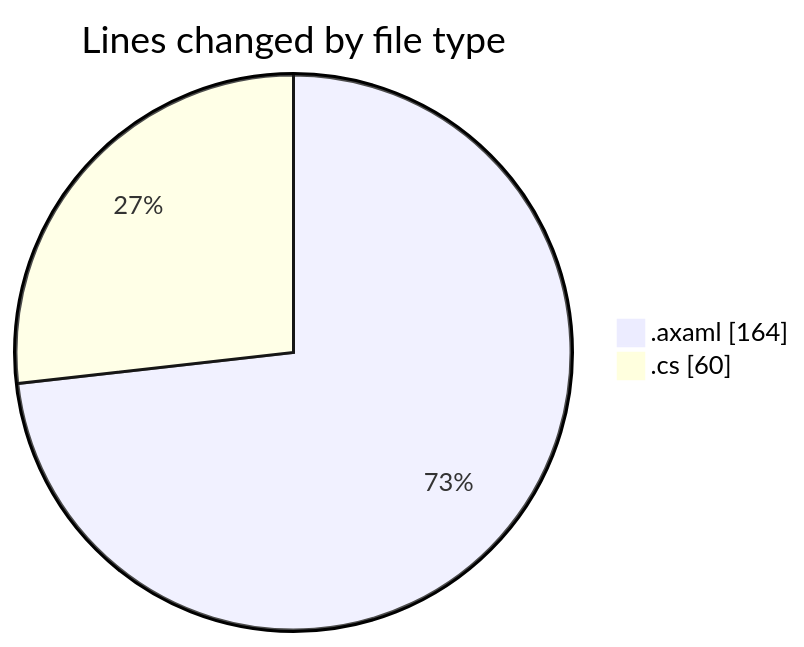
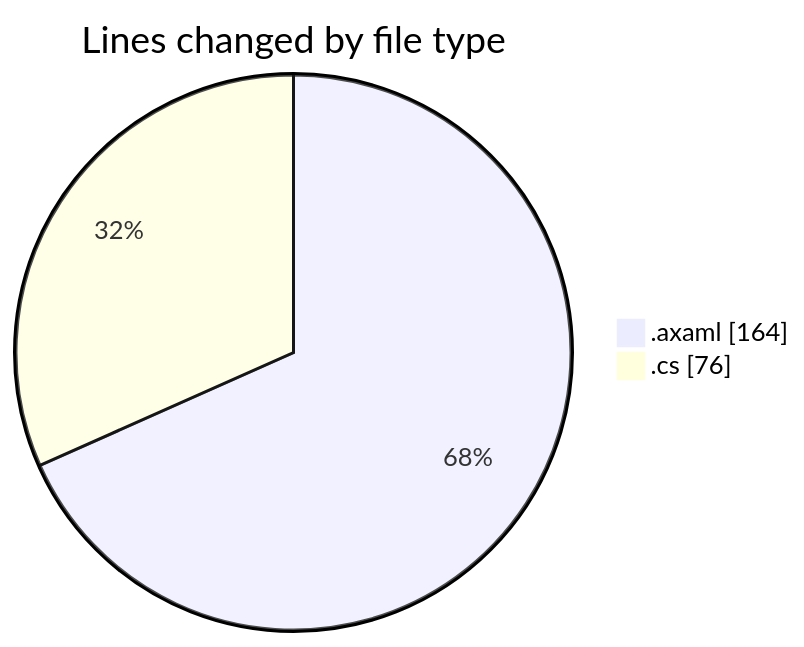
One commit to Netris89/code-tracking changed the first of 2 diagrams in 2025-10-24/skintrack/README.md. Above: the diagram before and after it, drawn with Mermaid. The commit also changed other lines of this file and 1 other file, not shown here.

````diff
--- a/2025-10-24/skintrack/README.md
+++ b/2025-10-24/skintrack/README.md
@@ -22,6 +23,6 @@
 ```mermaid
 pie showData
 title Lines changed by file type
 ".axaml" : 164
-".cs" : 60
+".cs" : 76
 ```
````
